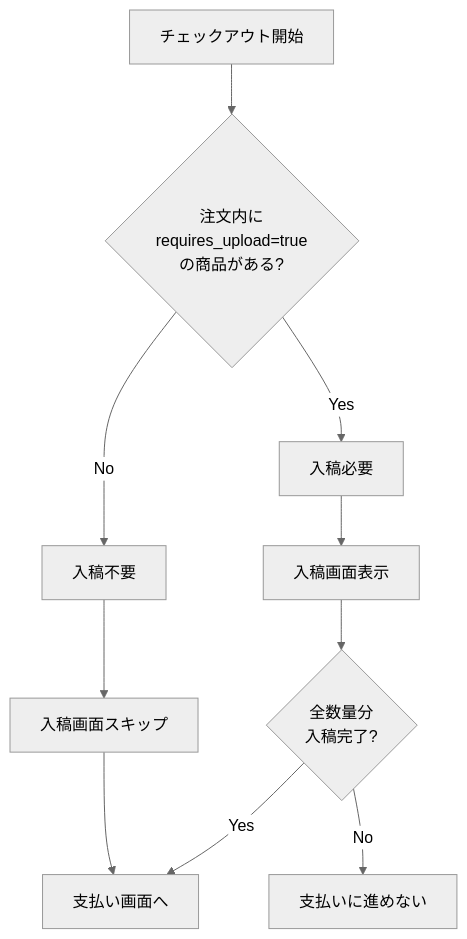
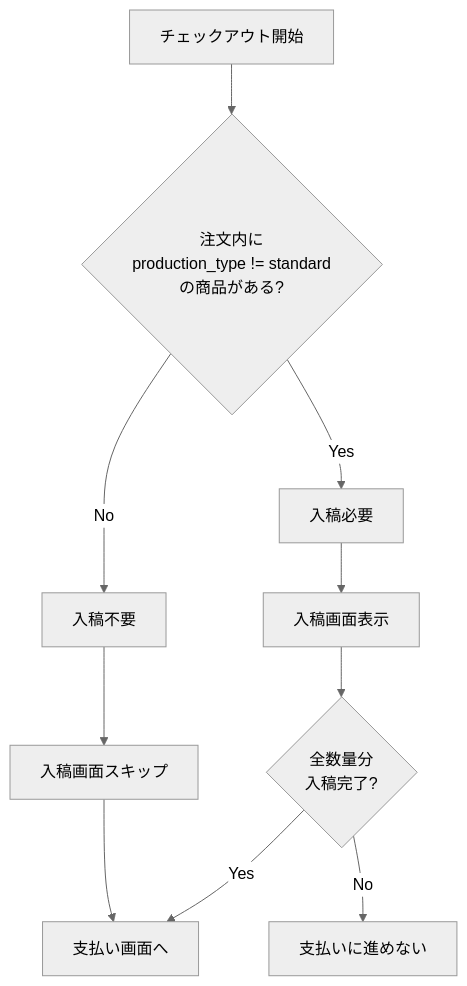
One commit to ShotaGhoona/acrique-v1 changed the first of 9 diagrams in docs/requirements/21-data-upload-flow.md. Above: the diagram before and after it, drawn with Mermaid (neutral theme). The commit also changed other lines of this file and 8 other files, not shown here.

````diff
--- a/docs/requirements/21-data-upload-flow.md
+++ b/docs/requirements/21-data-upload-flow.md
@@ -12,14 +12,14 @@
 ```mermaid
 flowchart TD
-    START[チェックアウト開始] --> CHECK{注文内に<br>requires_upload=true<br>の商品がある?}
+    START[チェックアウト開始] --> CHECK{注文内に<br>production_type != standard<br>の商品がある?}
     CHECK -->|No| NO_UPLOAD[入稿不要]
     CHECK -->|Yes| NEED_UPLOAD[入稿必要]
 
     NO_UPLOAD --> SKIP_UPLOAD[入稿画面スキップ]
     SKIP_UPLOAD --> PAYMENT[支払い画面へ]
 
     NEED_UPLOAD --> SHOW_UPLOAD[入稿画面表示]
     SHOW_UPLOAD --> COMPLETE{全数量分<br>入稿完了?}
     COMPLETE -->|Yes| PAYMENT
     COMPLETE -->|No| BLOCK[支払いに進めない]
 ```
````
